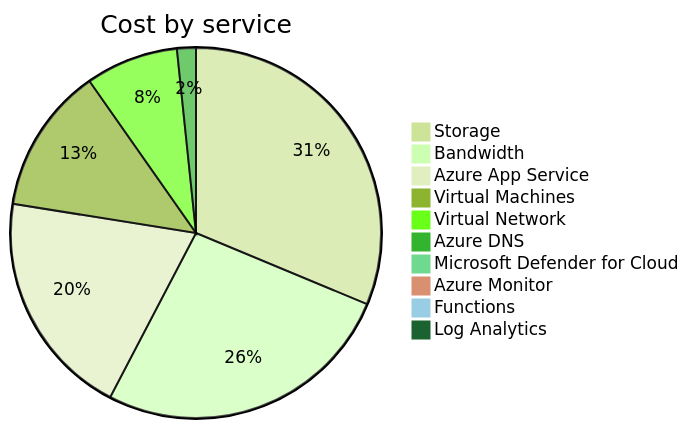
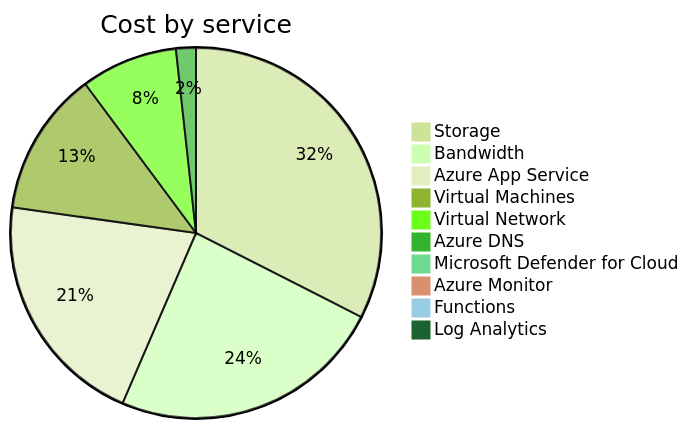
Before and after one commit to jpfulton/azure-personal-reports: the second of 4 diagrams in cost-reports/accumulated-cost.md, drawn with Mermaid (forest theme). The commit also changed other lines of this file and 4 other files, not shown here.

````diff
--- a/cost-reports/accumulated-cost.md
+++ b/cost-reports/accumulated-cost.md
@@ -100,14 +100,14 @@
 ```mermaid
 pie
    title Cost by service
-   "Storage" : 9.67
+   "Storage" : 11.05
    "Bandwidth" : 8.16
-   "Azure App Service" : 6.14
-   "Virtual Machines" : 3.94
-   "Virtual Network" : 2.50
-   "Azure DNS" : 0.51
-   "Microsoft Defender for Cloud" : 0.26
+   "Azure App Service" : 7.05
+   "Virtual Machines" : 4.29
+   "Virtual Network" : 2.87
+   "Azure DNS" : 0.59
+   "Microsoft Defender for Cloud" : 0.29
    "Azure Monitor" : 0.00
    "Functions" : 0.00
    "Log Analytics" : 0.00
 ```
````
